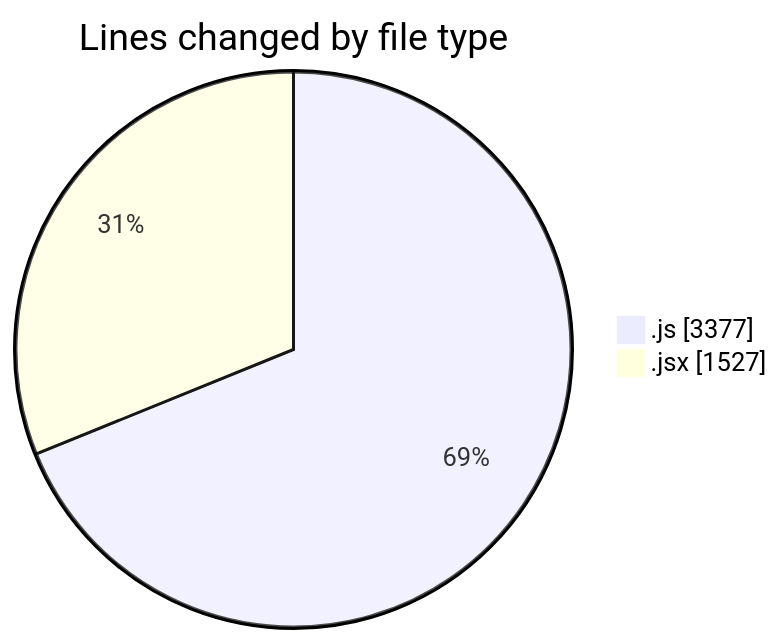
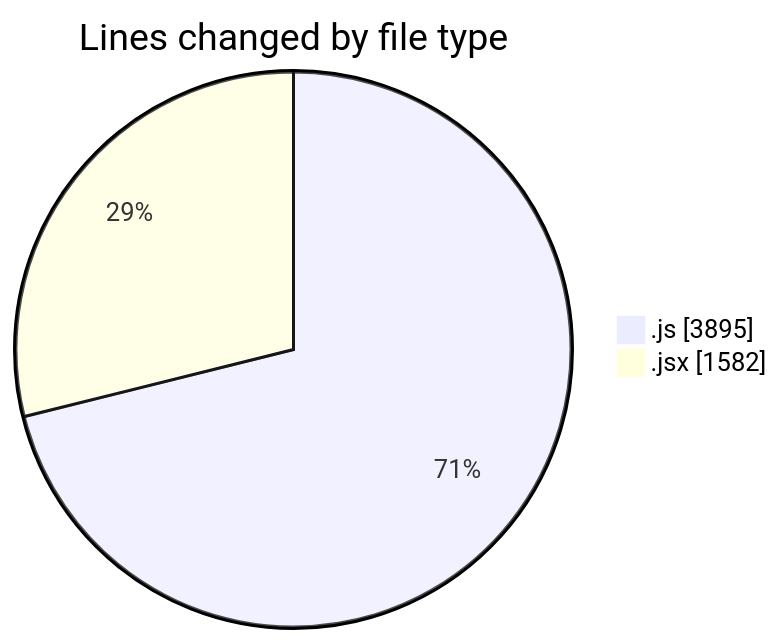
One commit to nxtqubesakshisongat/code-tracking changed the first of 2 diagrams in 2025-08-13/nxtqube_webapp/README.md. Above: the diagram before and after it, drawn with Mermaid. The commit also changed other lines of this file and 1 other file, not shown here.

````diff
--- a/2025-08-13/nxtqube_webapp/README.md
+++ b/2025-08-13/nxtqube_webapp/README.md
@@ -23,6 +23,6 @@
 ```mermaid
 pie showData
 title Lines changed by file type
-".js" : 3377
-".jsx" : 1527
+".js" : 3895
+".jsx" : 1582
 ```
````
